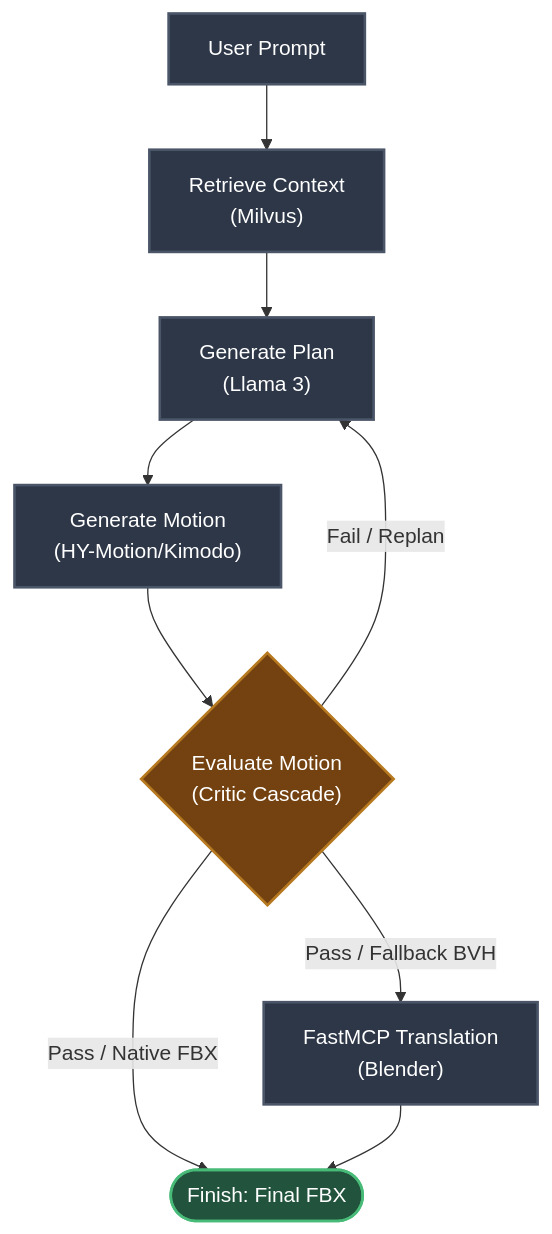
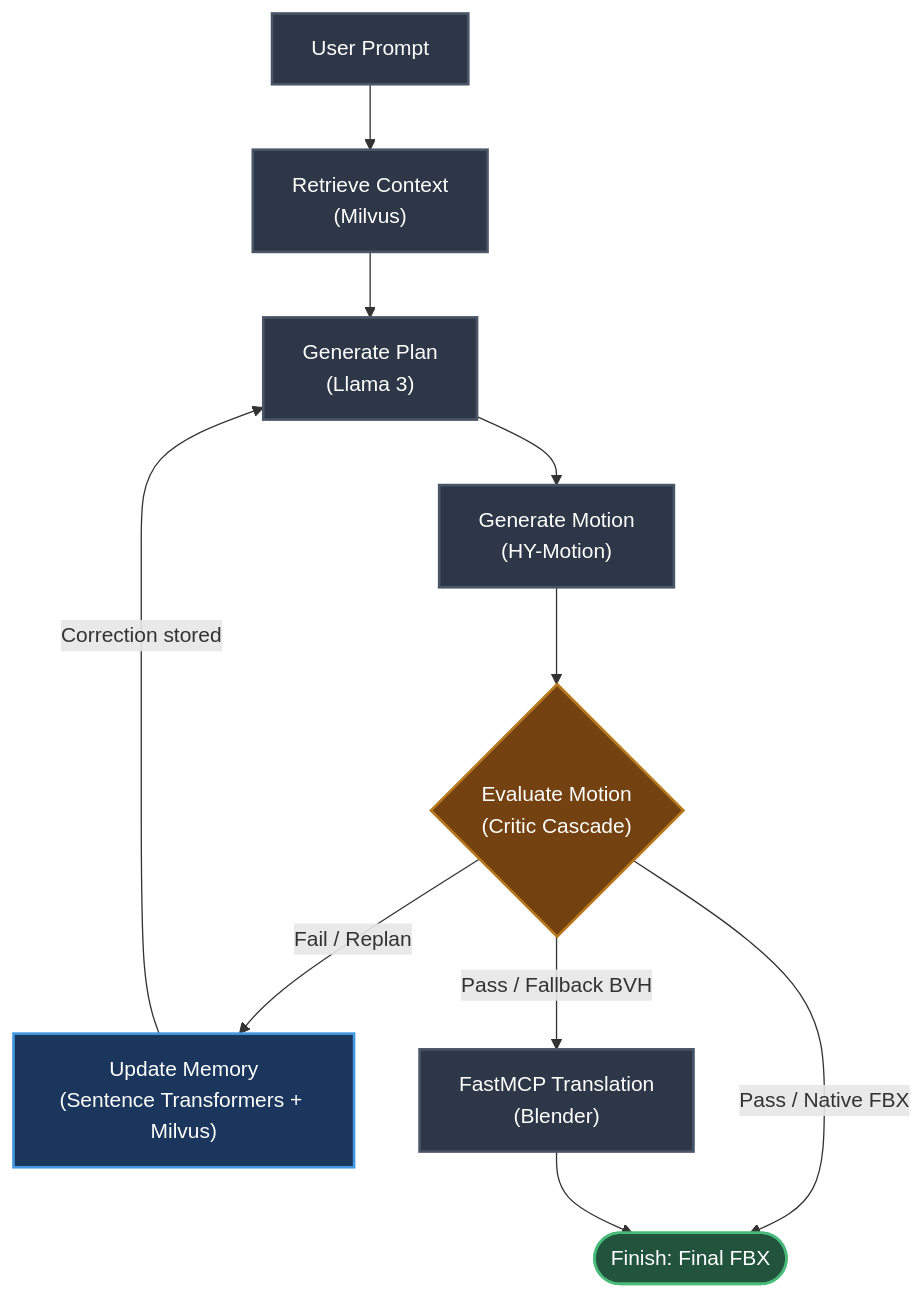
Before and after one commit to barlim3/GenAnimPipeline: the diagram in README.md, drawn with Mermaid. The commit also changed other lines of this file and 3 other files, not shown here.

````diff
--- a/README.md
+++ b/README.md
@@ -20,32 +25,36 @@
 ```mermaid
 graph TD
     %% Define Nodes
     A[User Prompt]
     B["Retrieve Context<br>(Milvus)"]
     C["Generate Plan<br>(Llama 3)"]
-    D["Generate Motion<br>(HY-Motion/Kimodo)"]
+    D["Generate Motion<br>(HY-Motion)"]
     E{"Evaluate Motion<br>(Critic Cascade)"}
+    H["Update Memory<br>(Sentence Transformers + Milvus)"]
     F["FastMCP Translation<br>(Blender)"]
     G(["Finish: Final FBX"])
 
     %% Define Flow
     A --> B
     B --> C
     C --> D
     D --> E
-    
+
     %% Routing Logic
-    E -- "Fail / Replan" --> C
+    E -- "Fail / Replan" --> H
+    H -- "Correction stored" --> C
     E -- "Pass / Native FBX" --> G
     E -- "Pass / Fallback BVH" --> F
-    
+
     F --> G
 
     %% Styling
     classDef default fill:#2D3748,stroke:#4A5568,stroke-width:2px,color:#fff;
     classDef decision fill:#744210,stroke:#B7791F,stroke-width:2px,color:#fff;
     classDef endpoint fill:#22543D,stroke:#48BB78,stroke-width:2px,color:#fff;
-    
+    classDef memory fill:#1A365D,stroke:#4299E1,stroke-width:2px,color:#fff;
+
     class E decision;
     class G endpoint;
+    class H memory;
 ```
````
